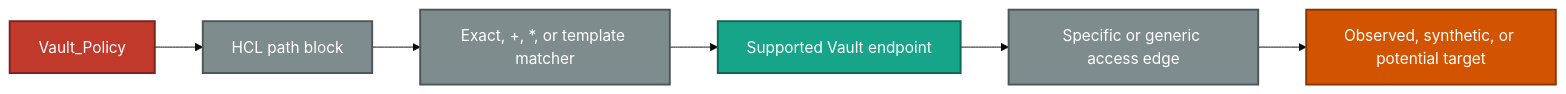
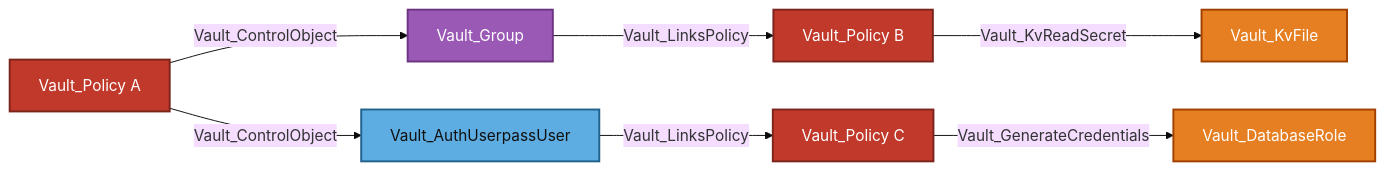
One commit to bytewreck/opengraph-vault changed the seventh of 7 diagrams in Documentation/stores/POLICIES.md. Above: the diagram before and after it, drawn with Mermaid (base theme). The commit also changed other lines of this file and 3 other files, not shown here.

````diff
--- a/Documentation/stores/POLICIES.md
+++ b/Documentation/stores/POLICIES.md
@@ -226,13 +372,15 @@
 ```mermaid
 flowchart LR
-    document[Vault_Policy]:::policyNode --> block[HCL path block]:::processNode
-    block --> matcher[Exact, +, *, or template matcher]:::processNode
-    matcher --> endpoint[Supported Vault endpoint]:::endpointNode
-    endpoint --> edge[Specific or generic access edge]:::processNode
-    edge --> target[Observed, synthetic, or potential target]:::objectNode
+    policyA["Vault_Policy A"]:::policyNode -->|Vault_ControlObject| group[Vault_Group]:::groupNode
+    group -->|Vault_LinksPolicy| policyB["Vault_Policy B"]:::policyNode
+    policyB -->|Vault_KvReadSecret| secret[Vault_KvFile]:::secretNode
+
+    policyA -->|Vault_ControlObject| user[Vault_AuthUserpassUser]:::authNode
+    user -->|Vault_LinksPolicy| policyC["Vault_Policy C"]:::policyNode
+    policyC -->|Vault_GenerateCredentials| role[Vault_DatabaseRole]:::secretNode
 
     classDef policyNode fill:#C0392B,color:#fff,stroke:#7B241C,stroke-width:2px
-    classDef processNode fill:#7F8C8D,color:#fff,stroke:#4D5656,stroke-width:2px
-    classDef endpointNode fill:#17A589,color:#fff,stroke:#0E6655,stroke-width:2px
-    classDef objectNode fill:#D35400,color:#fff,stroke:#873600,stroke-width:2px
+    classDef groupNode fill:#9B59B6,color:#fff,stroke:#6C3483,stroke-width:2px
+    classDef authNode fill:#5DADE2,color:#111,stroke:#21618C,stroke-width:2px
+    classDef secretNode fill:#E67E22,color:#fff,stroke:#A04000,stroke-width:2px
 ```
````
